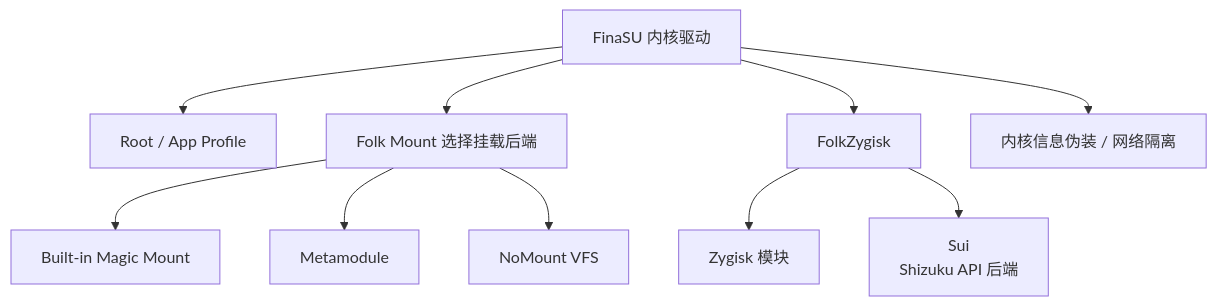
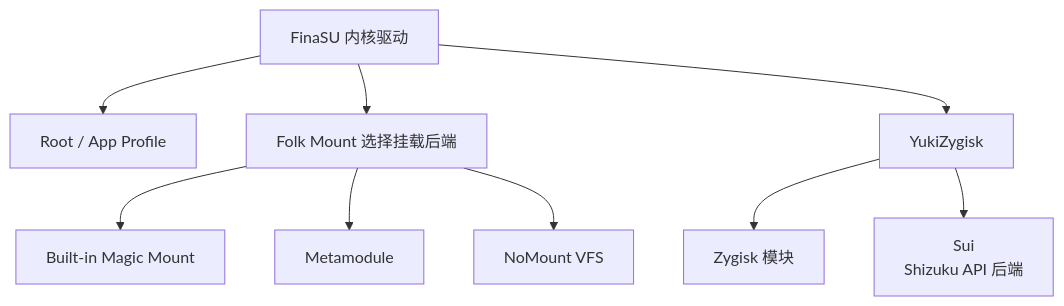
One commit to LxyaoX/FinaSU changed the diagram in website/docs/setting/function.md. Above: the diagram before and after it, drawn with Mermaid. The commit also changed other lines of this file and 135 other files, not shown here.

````diff
--- a/website/docs/setting/function.md
+++ b/website/docs/setting/function.md
@@ -27,12 +27,11 @@
 ```mermaid
 flowchart TD
     A["FinaSU 内核驱动"] --> B["Root / App Profile"]
     A --> C["Folk Mount 选择挂载后端"]
     C --> D["Built-in Magic Mount"]
     C --> E["Metamodule"]
     C --> F["NoMount VFS"]
-    A --> G["FolkZygisk"]
+    A --> G["YukiZygisk"]
     G --> H["Zygisk 模块"]
     G --> I["Sui<br/>Shizuku API 后端"]
-    A --> J["内核信息伪装 / 网络隔离"]
 ```
````
